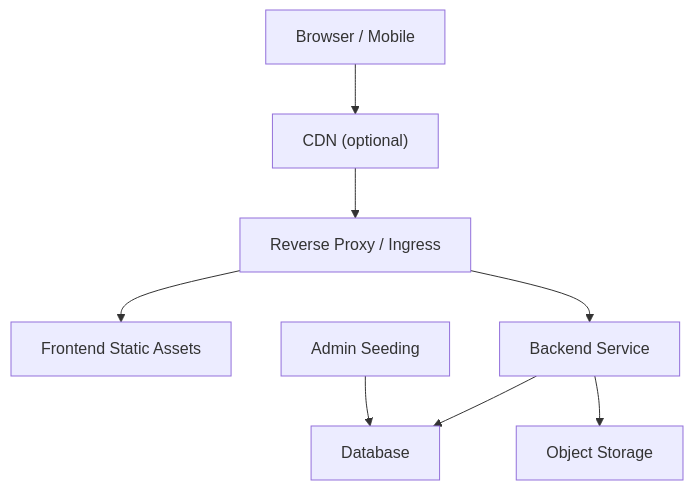
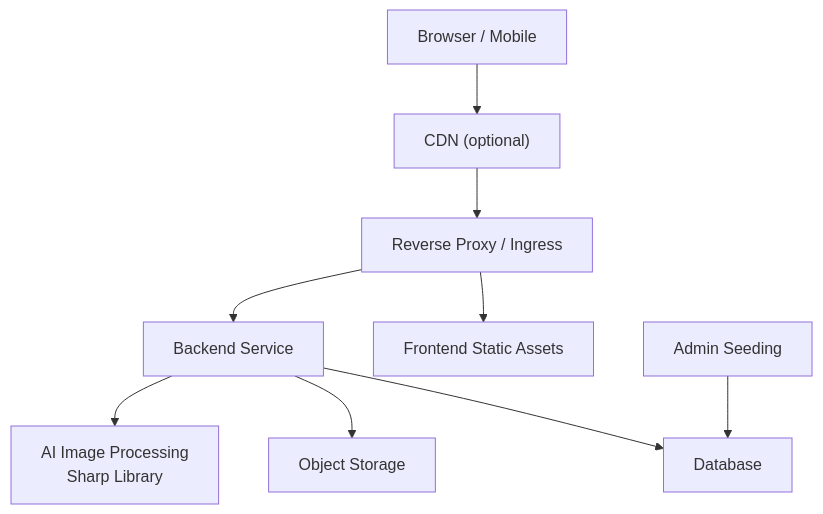
One commit to NaveenHiranya/Smart-Vehicle-Insurance-Claim-System changed the second of 3 diagrams in .qoder/repowiki/en/content/Deployment & DevOps.md. Above: the diagram before and after it, drawn with Mermaid. The commit also changed other lines of this file and 12 other files, not shown here.

````diff
--- a/.qoder/repowiki/en/content/Deployment & DevOps.md
+++ b/.qoder/repowiki/en/content/Deployment & DevOps.md
@@ -112,18 +124,20 @@
 ```mermaid
 graph TB
 Client["Browser / Mobile"]
 CDN["CDN (optional)"]
 Proxy["Reverse Proxy / Ingress"]
 FE["Frontend Static Assets"]
 BE["Backend Service"]
 DB["Database"]
 OS["Object Storage"]
 ADMIN["Admin Seeding"]
+AI["AI Image Processing<br/>Sharp Library"]
 Client --> CDN
 CDN --> Proxy
 Proxy --> FE
 Proxy --> BE
 BE --> DB
 BE --> OS
+BE --> AI
 ADMIN --> DB
 ```
````
